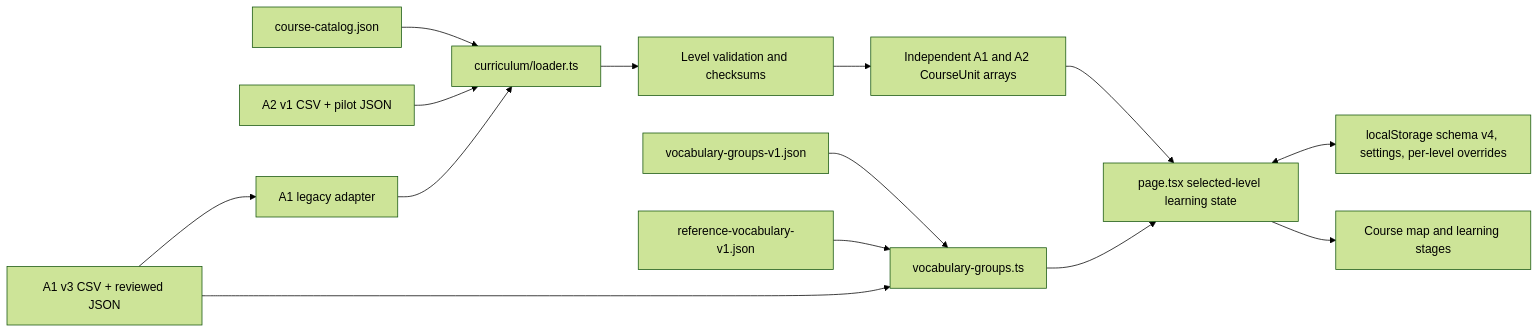
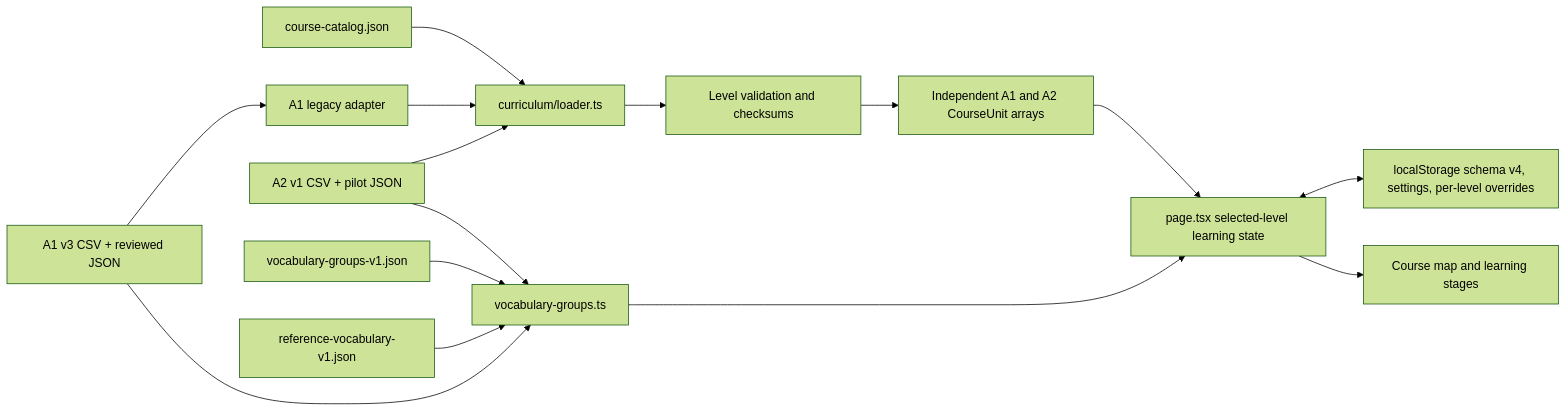
Before and after one commit to ej04520yjo4/EnglishWeb: the first of 2 diagrams in ARCHITECTURE.md, drawn with Mermaid (forest theme). The commit also changed other lines of this file and 7 other files, not shown here.

````diff
--- a/ARCHITECTURE.md
+++ b/ARCHITECTURE.md
@@ -9,16 +9,17 @@
 ```mermaid
 flowchart LR
   Catalog["course-catalog.json"] --> LevelLoader["curriculum/loader.ts"]
   A1["A1 v3 CSV + reviewed JSON"] --> Adapter["A1 legacy adapter"]
   A2["A2 v1 CSV + pilot JSON"] --> LevelLoader
   Groups["vocabulary-groups-v1.json"] --> Vocabulary["vocabulary-groups.ts"]
   Reference["reference-vocabulary-v1.json"] --> Vocabulary
   A1 --> Vocabulary
+  A2 --> Vocabulary
   Adapter --> LevelLoader
   LevelLoader --> Validate["Level validation and checksums"]
   Validate --> Units["Independent A1 and A2 CourseUnit arrays"]
   Units --> Page["page.tsx selected-level learning state"]
   Vocabulary --> Page
   Page <--> Storage["localStorage schema v4, settings, per-level overrides"]
   Page --> UI["Course map and learning stages"]
 ```
````
